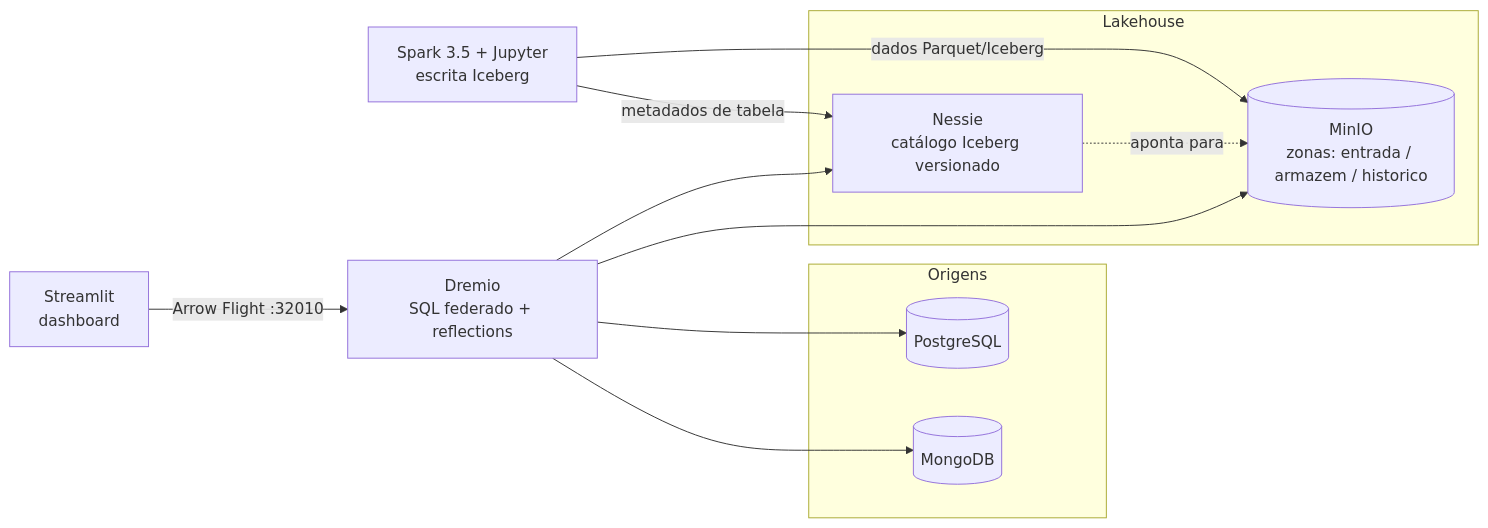
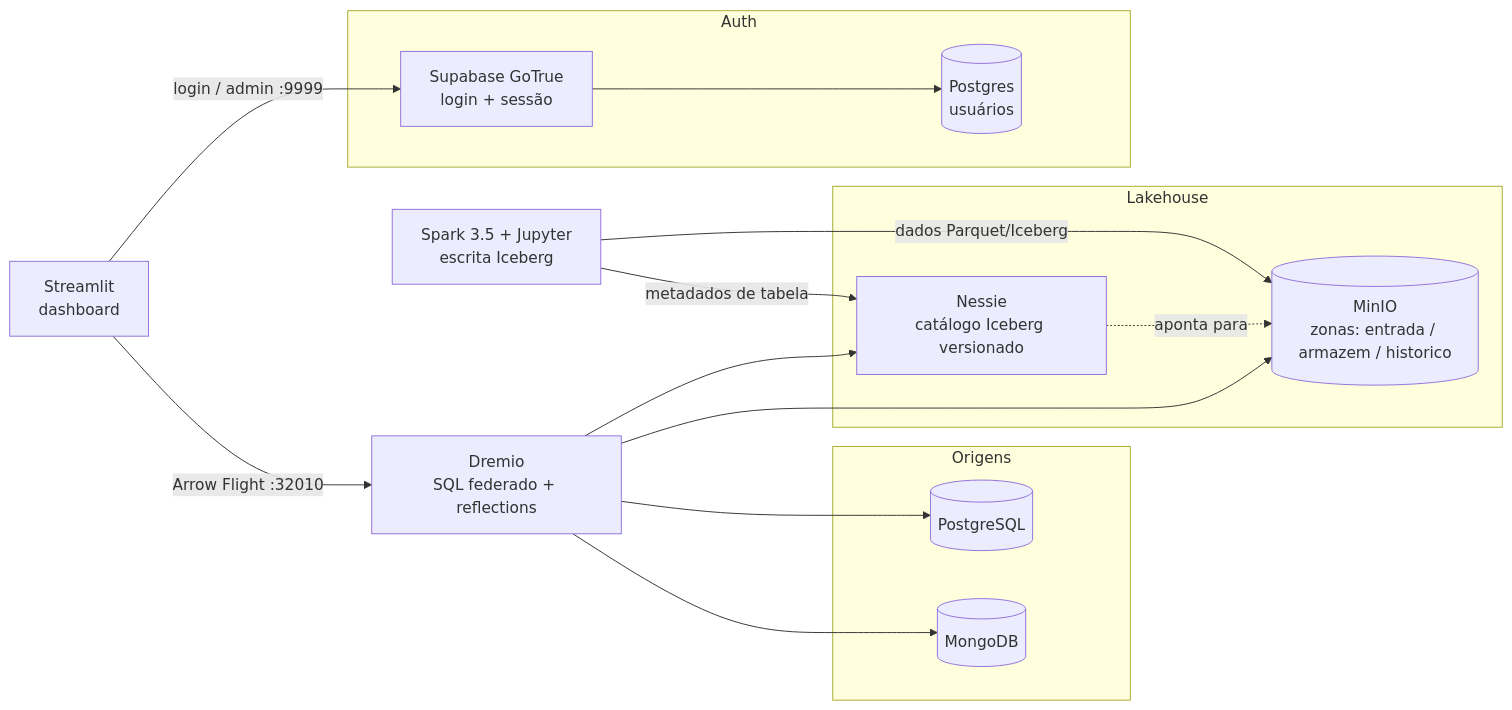
Before and after one commit to ramonabreu-data/lakehouse_v3: the diagram in readme.md, drawn with Mermaid. The commit also changed other lines of this file, not shown here.

First line of the commit message:
docs: documenta a autenticacao Supabase do dashboard no readme

````diff
--- a/readme.md
+++ b/readme.md
@@ -37,25 +38,32 @@
 ```mermaid
 flowchart LR
     subgraph Origens
         PG[(PostgreSQL)]
         MG[(MongoDB)]
     end
 
     subgraph Lakehouse
         MIO[(MinIO<br/>zonas: entrada / armazem / historico)]
         NES[Nessie<br/>catálogo Iceberg versionado]
     end
 
     SPK[Spark 3.5 + Jupyter<br/>escrita Iceberg]
     DRE[Dremio<br/>SQL federado + reflections]
     STL[Streamlit<br/>dashboard]
 
+    subgraph Auth
+        GT[Supabase GoTrue<br/>login + sessão]
+        SDB[(Postgres<br/>usuários)]
+    end
+
     SPK -->|dados Parquet/Iceberg| MIO
     SPK -->|metadados de tabela| NES
     NES -.->|aponta para| MIO
     DRE --> NES
     DRE --> MIO
     DRE --> PG
     DRE --> MG
     STL -->|Arrow Flight :32010| DRE
+    STL -->|login / admin :9999| GT
+    GT --> SDB
 ```
````
